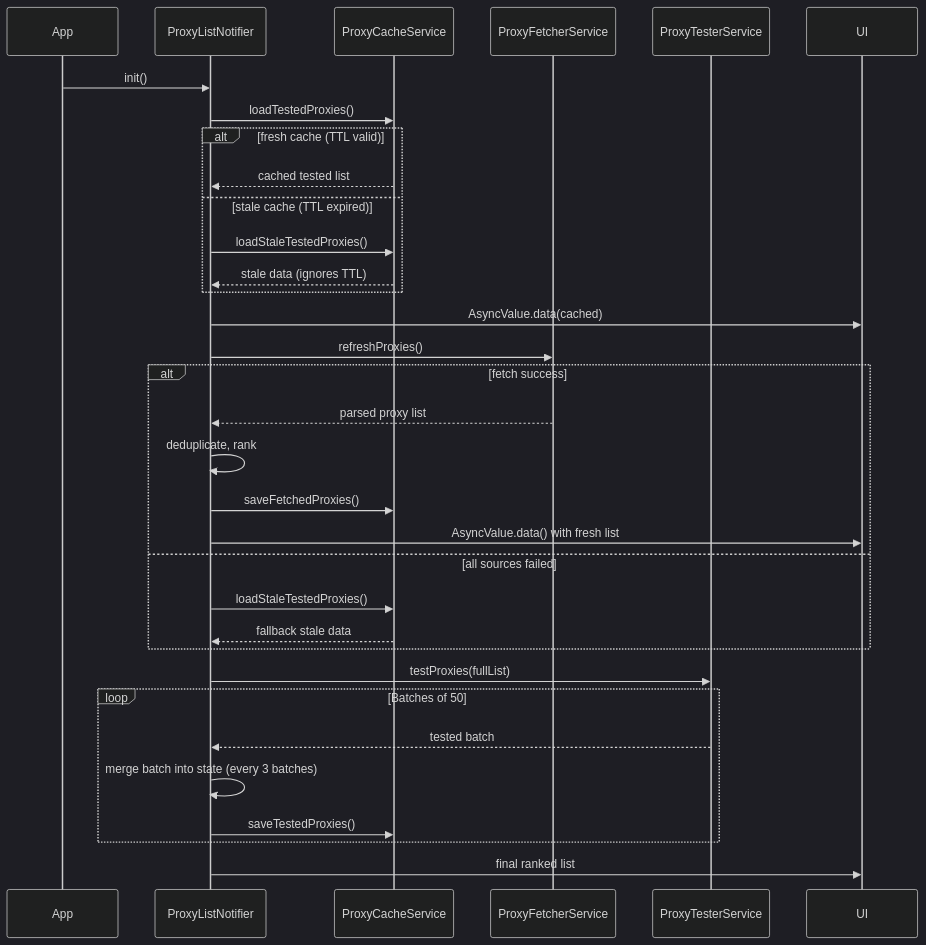
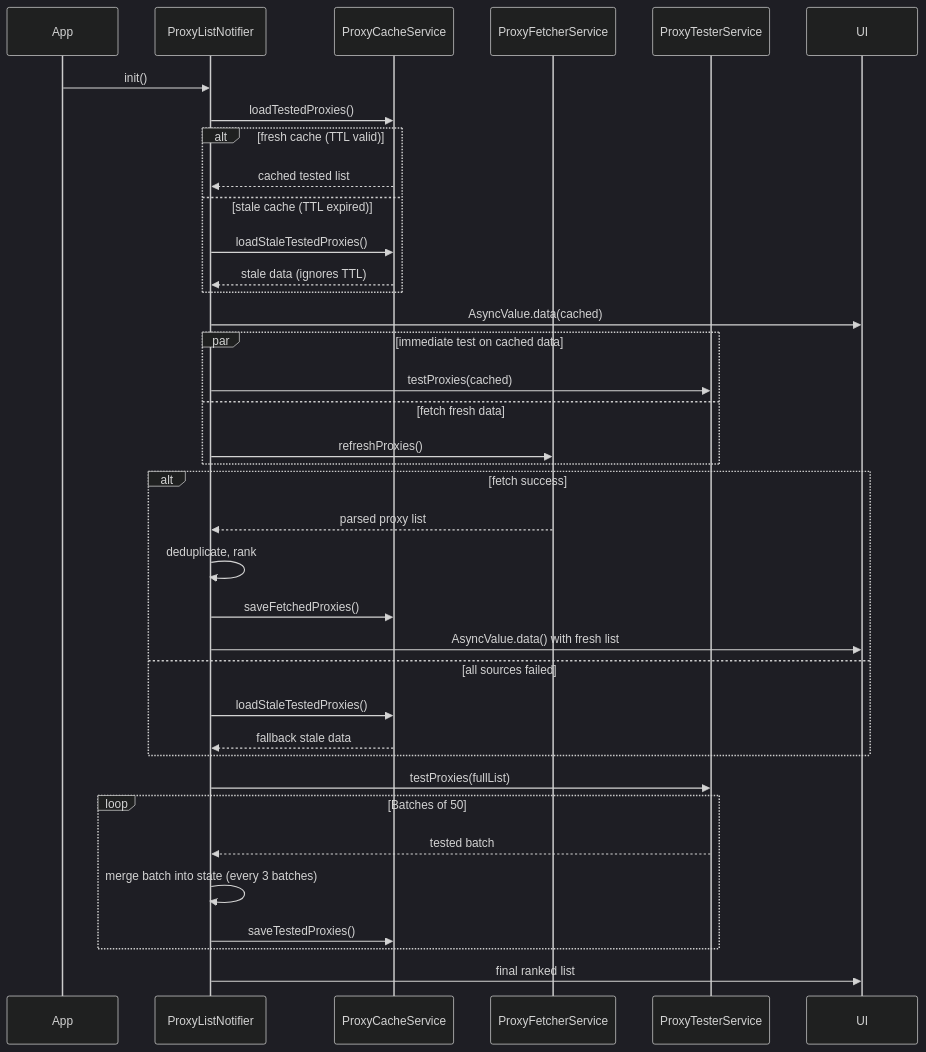
Before and after one commit to krsnaSuraj/TelePulse: the first of 4 diagrams in ARCHITECTURE.md, drawn with Mermaid (dark theme). The commit also changed other lines of this file and 13 other files, not shown here.

````diff
--- a/ARCHITECTURE.md
+++ b/ARCHITECTURE.md
@@ -104,39 +113,44 @@
 ```mermaid
 sequenceDiagram
     participant App
     participant N as ProxyListNotifier
     participant Cache as ProxyCacheService
     participant Fetcher as ProxyFetcherService
     participant Tester as ProxyTesterService
     participant UI
 
     App->>N: init()
     
     N->>Cache: loadTestedProxies()
     alt fresh cache (TTL valid)
         Cache-->>N: cached tested list
     else stale cache (TTL expired)
         N->>Cache: loadStaleTestedProxies()
         Cache-->>N: stale data (ignores TTL)
     end
     N->>UI: AsyncValue.data(cached)
     
-    N->>Fetcher: refreshProxies()
+    par immediate test on cached data
+        N->>Tester: testProxies(cached)
+    and fetch fresh data
+        N->>Fetcher: refreshProxies()
+    end
+
     alt fetch success
         Fetcher-->>N: parsed proxy list
         N->>N: deduplicate, rank
         N->>Cache: saveFetchedProxies()
         N->>UI: AsyncValue.data() with fresh list
     else all sources failed
         N->>Cache: loadStaleTestedProxies()
         Cache-->>N: fallback stale data
     end
-    
+
     N->>Tester: testProxies(fullList)
     loop Batches of 50
         Tester-->>N: tested batch
         N->>N: merge batch into state (every 3 batches)
         N->>Cache: saveTestedProxies()
     end
     N->>UI: final ranked list
 ```
````
